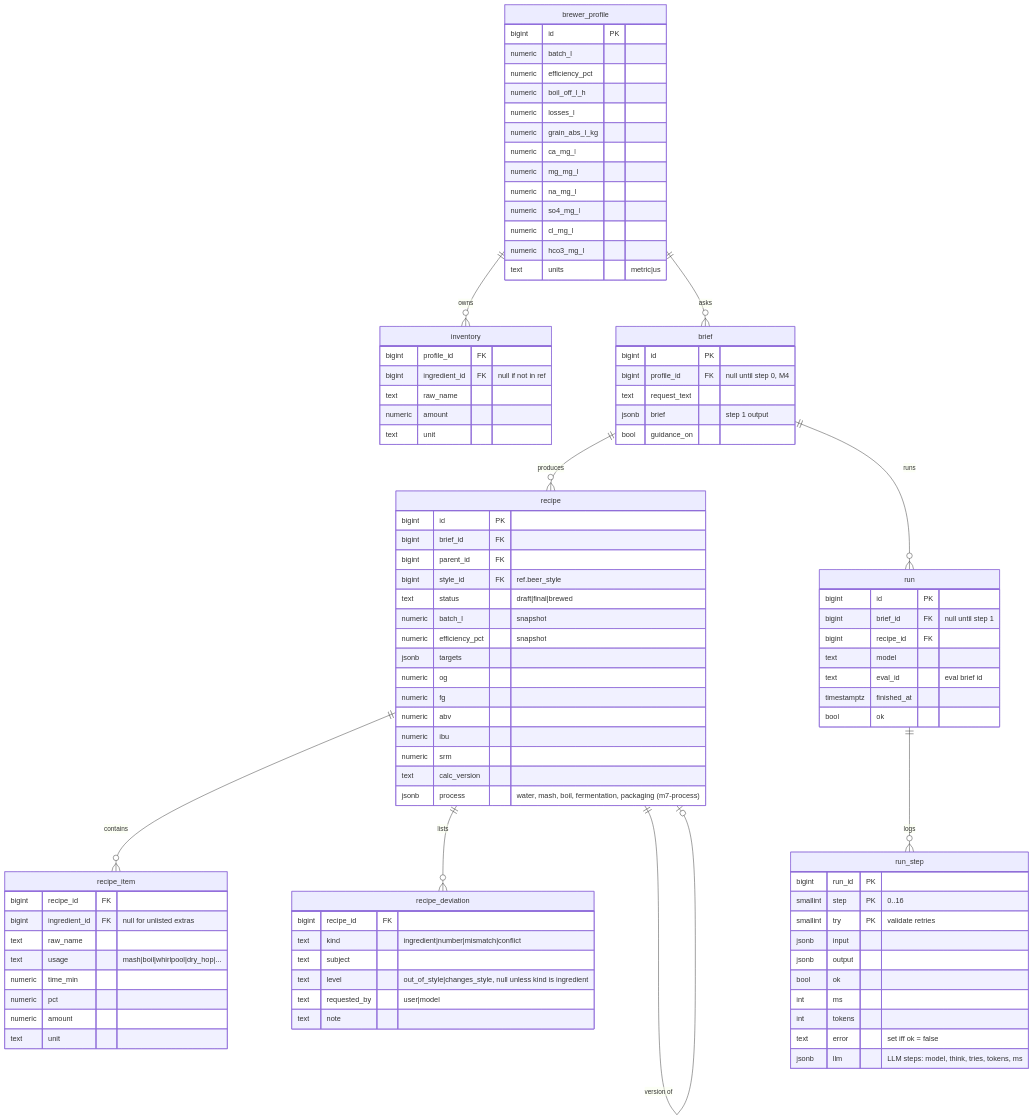
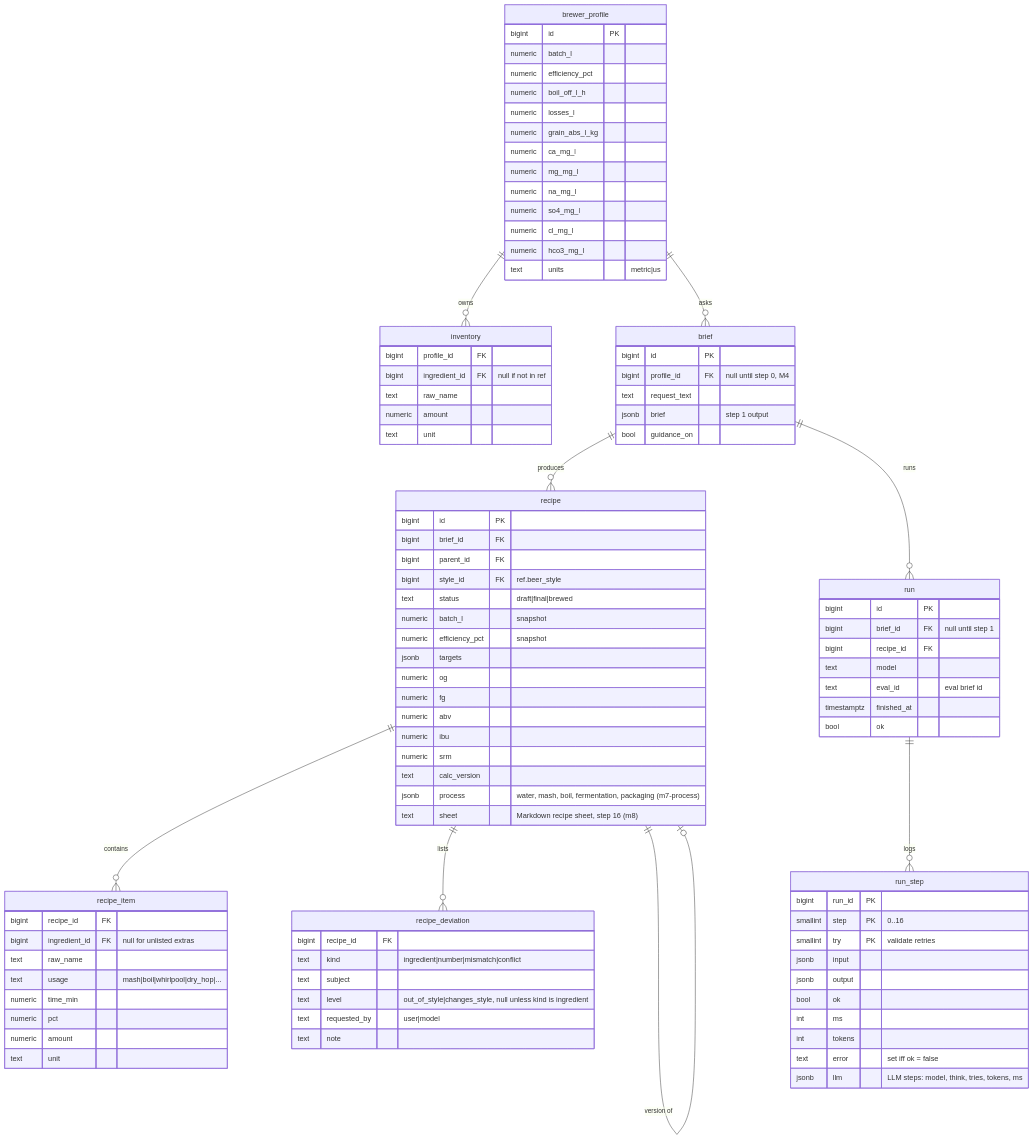
The fourth of 4 diagrams in docs/DATABASE.md (badacsonyigorenyember/homebrew_ai), drawn with Mermaid before and after one commit. The commit also changed other lines of this file and 4 other files, not shown here.

Commit message:
Add recipe sheet column and accept function

```diff
--- a/docs/DATABASE.md
+++ b/docs/DATABASE.md
@@ -390,6 +390,7 @@
         numeric srm
         text calc_version
         jsonb process "water, mash, boil, fermentation, packaging (m7-process)"
+        text sheet "Markdown recipe sheet, step 16 (m8)"
     }
     recipe_item {
         bigint recipe_id FK
```
